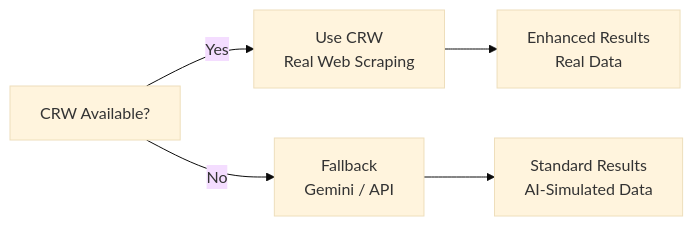
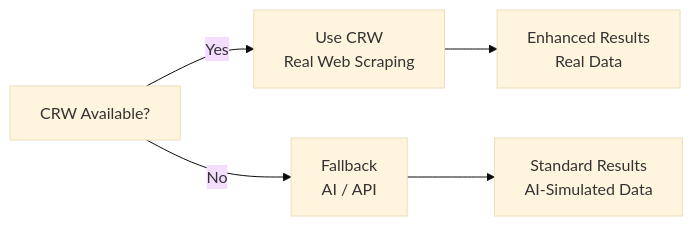
Before and after one commit to TranXuanTinh/AI_Automation_Marketing: the first of 2 diagrams in docs/CRW_INTEGRATION.md, drawn with Mermaid (base theme). The commit also changed other lines of this file and 11 other files, not shown here.

````diff
--- a/docs/CRW_INTEGRATION.md
+++ b/docs/CRW_INTEGRATION.md
@@ -82,7 +82,7 @@
 ```mermaid
 flowchart LR
-    A[CRW Available?] -- Yes --> B[Use CRW<br/>Real Web Scraping]
-    A -- No --> C[Fallback<br/>Gemini / API]
+    A["CRW Available?"] -- Yes --> B[Use CRW<br/>Real Web Scraping]
+    A -- No --> C[Fallback<br/>AI / API]
     B --> D[Enhanced Results<br/>Real Data]
     C --> E[Standard Results<br/>AI-Simulated Data]
 ```
````
